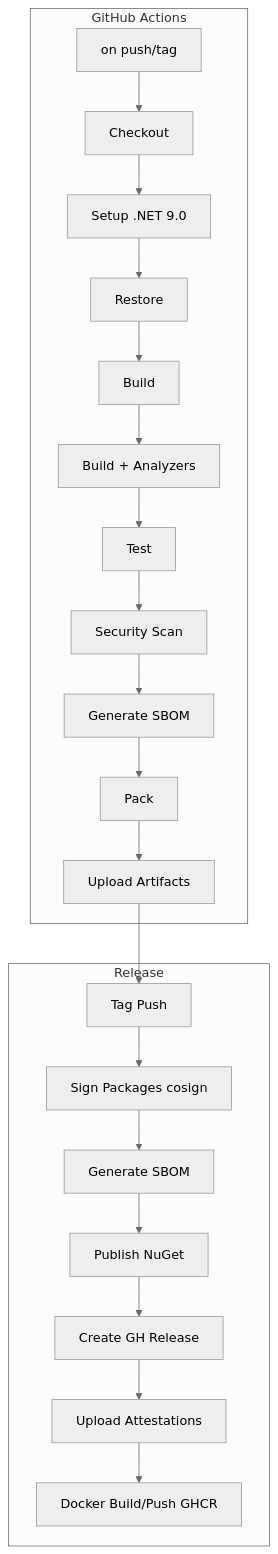
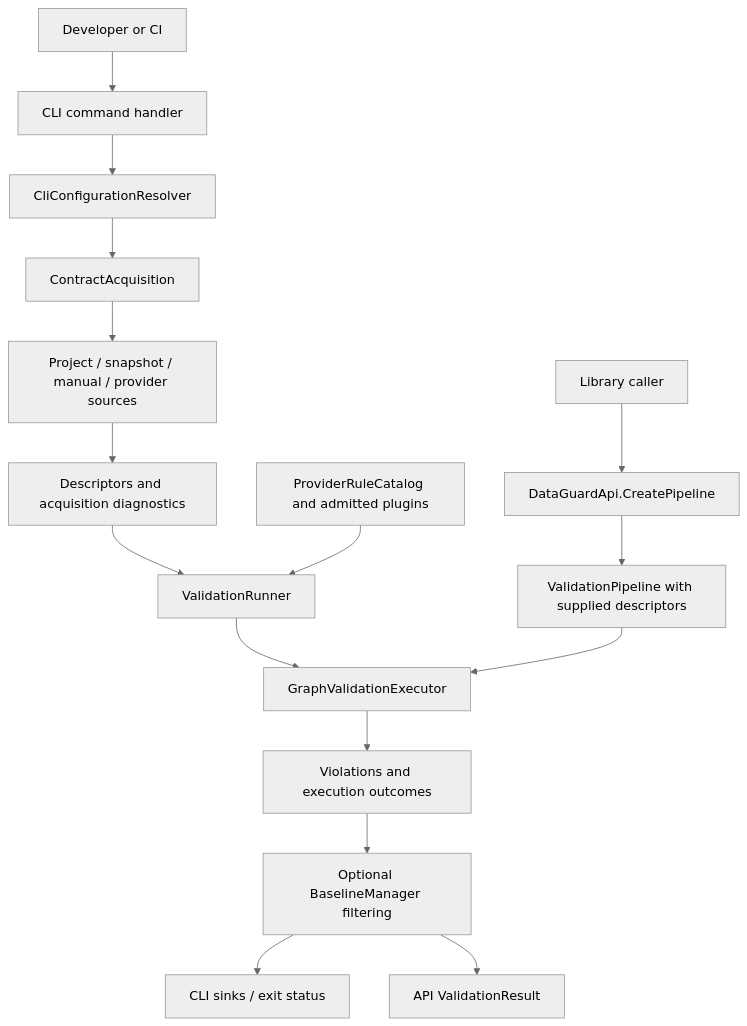
The first of 2 diagrams in docs/COMPONENT_INTERACTION.md (thanhnt-sm/eco_support_net_oracle), drawn with Mermaid (neutral theme) before and after one commit. The commit also changed other lines of this file and 98 other files, not shown here.

````diff
--- a/docs/COMPONENT_INTERACTION.md
+++ b/docs/COMPONENT_INTERACTION.md
@@ -617,26 +9,18 @@
 ```mermaid
-graph TD
-    subgraph "GitHub Actions"
-        GH1[on push/tag] --> GH2[Checkout]
-        GH2 --> GH3[Setup .NET 9.0]
-        GH3 --> GH4[Restore]
-        GH4 --> GH5[Build]
-        GH5 --> GH6[Build + Analyzers]
-        GH6 --> GH7[Test]
-        GH7 --> GH8[Security Scan]
-        GH8 --> GH9[Generate SBOM]
-        GH9 --> GH10[Pack]
-        GH10 --> GH11[Upload Artifacts]
-    end
-
-    subgraph "Release"
-        R1[Tag Push] --> R2[Sign Packages cosign]
-        R2 --> R3[Generate SBOM]
-        R3 --> R4[Publish NuGet]
-        R4 --> R5[Create GH Release]
-        R5 --> R6[Upload Attestations]
-        R6 --> R7[Docker Build/Push GHCR]
-    end
-
-    GH11 --> R1
+flowchart TD
+    User[Developer or CI] --> CLI[CLI command handler]
+    CLI --> Config[CliConfigurationResolver]
+    Config --> Acquisition[ContractAcquisition]
+    Acquisition --> Sources[Project / snapshot / manual / provider sources]
+    Sources --> Descriptors[Descriptors and acquisition diagnostics]
+    Descriptors --> Runner[ValidationRunner]
+    Catalog[ProviderRuleCatalog and admitted plugins] --> Runner
+    Runner --> Executor[GraphValidationExecutor]
+    Caller[Library caller] --> API[DataGuardApi.CreatePipeline]
+    API --> Pipeline[ValidationPipeline with supplied descriptors]
+    Pipeline --> Executor
+    Executor --> Outcomes[Violations and execution outcomes]
+    Outcomes --> Filter[Optional BaselineManager filtering]
+    Filter --> CLIReport[CLI sinks / exit status]
+    Filter --> APIResult[API ValidationResult]
 ```
````
